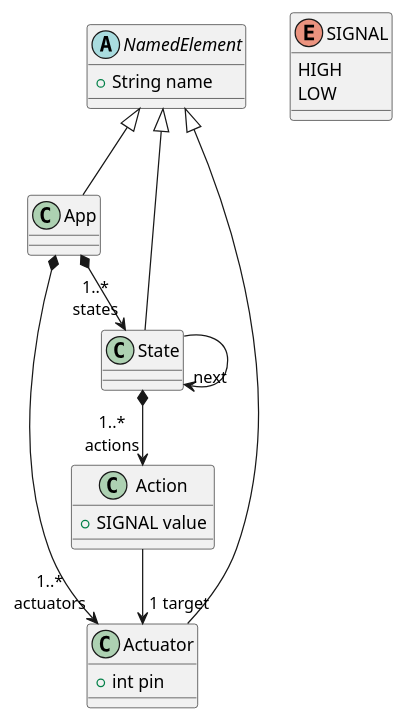
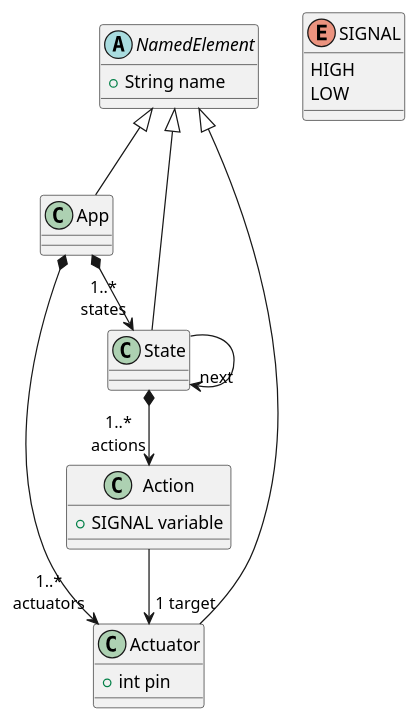
The diagram in lab_1/_code/step4/model.puml (robtherobot101/MPS-project), drawn with PlantUML before and after one commit. The commit also changed 9 other files, not shown here.

```diff
--- a/lab_1/_code/step4/model.puml
+++ b/lab_1/_code/step4/model.puml
@@ -1,34 +1,34 @@
 @startuml
 
 abstract class NamedElement {
  + String name
 }
 
 class App
 
 class Actuator {
   + int pin
 }
 
 class State
 
 class Action {
-  + SIGNAL value
+  + SIGNAL variable
 }
 
 enum SIGNAL {
     HIGH
     LOW
 }
 
 
 NamedElement <|-- App
 NamedElement <|-- Actuator
 NamedElement <|-- State
 App *--> "1..*\nstates" State
 App *--> "1..*\nactuators" Actuator
 State --> "next" State
 State *--> "1..*\nactions" Action
 Action --> "1 target" Actuator
 
 @enduml
```
